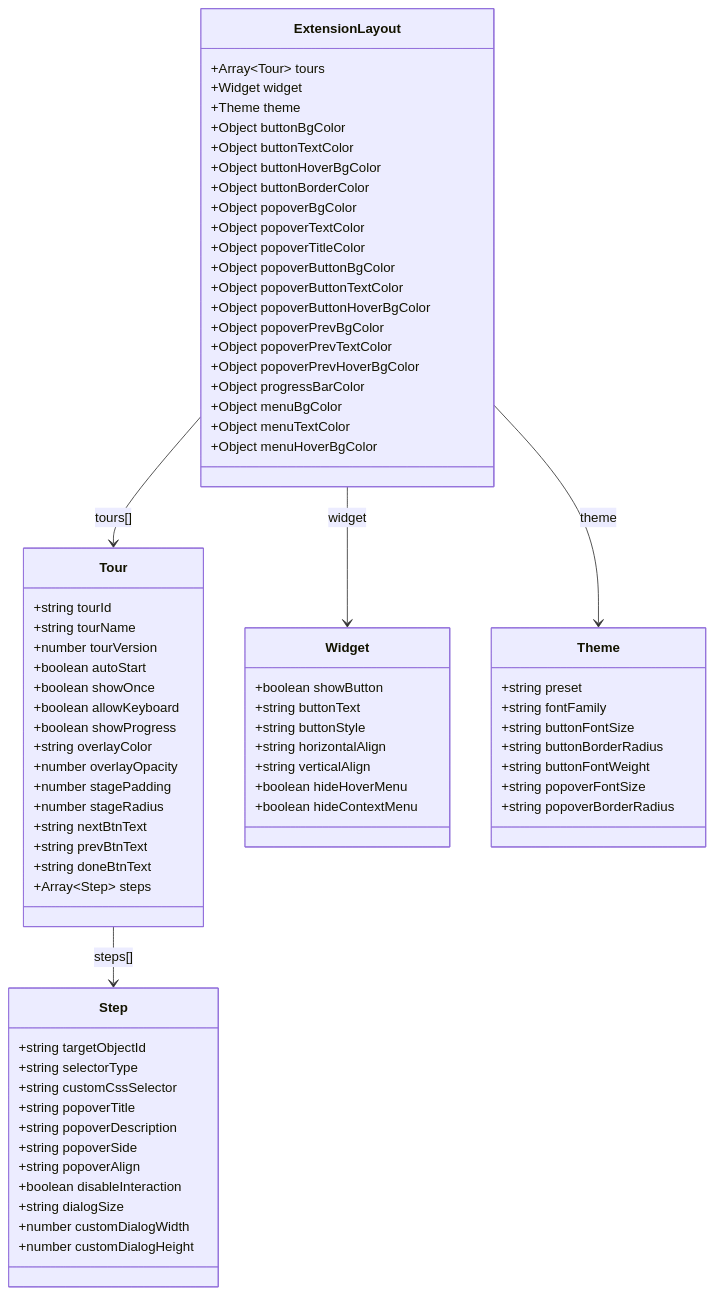
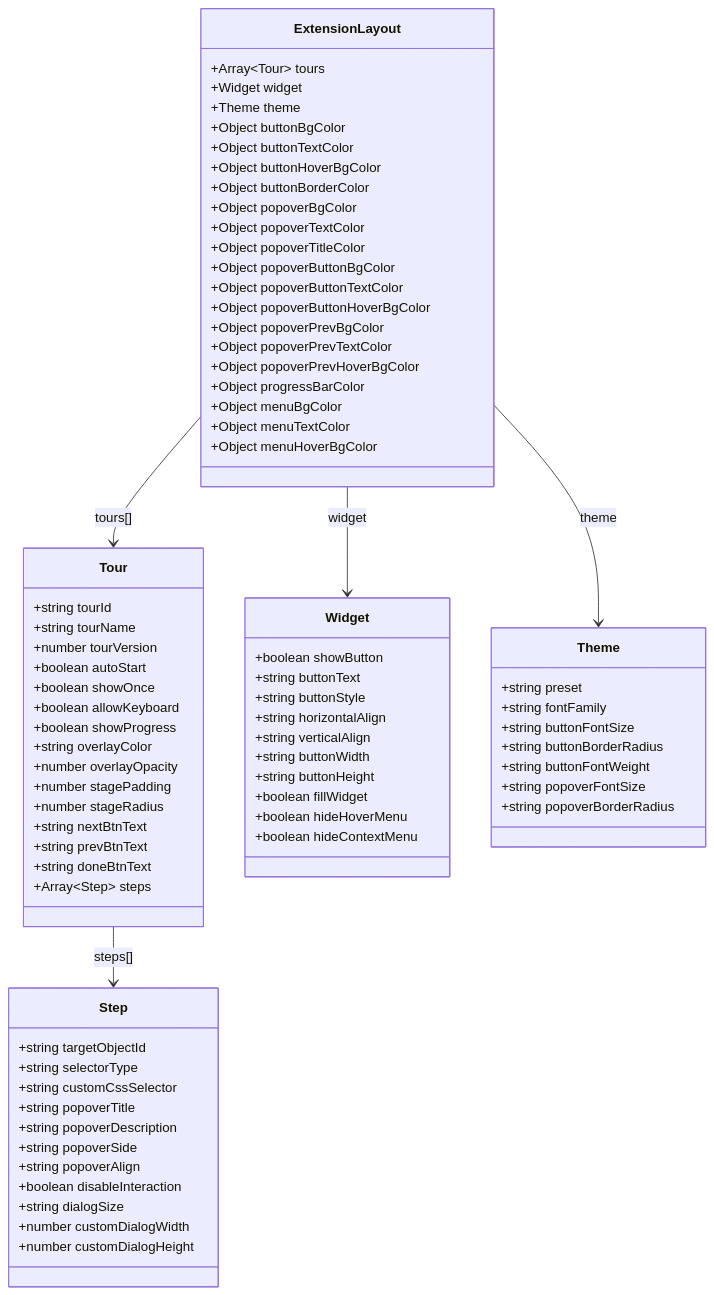
The first of 5 diagrams in docs/TOUR-SYSTEM.md (ptarmiganlabs/onboard.qs), drawn with Mermaid before and after one commit. The commit also changed 6 other files, not shown here.

Commit message:
feat: enhance button sizing with width, height, and fill options

```diff
--- a/docs/TOUR-SYSTEM.md
+++ b/docs/TOUR-SYSTEM.md
@@ -69,6 +69,9 @@
         +string buttonStyle
         +string horizontalAlign
         +string verticalAlign
+        +string buttonWidth
+        +string buttonHeight
+        +boolean fillWidget
         +boolean hideHoverMenu
         +boolean hideContextMenu
     }
```
